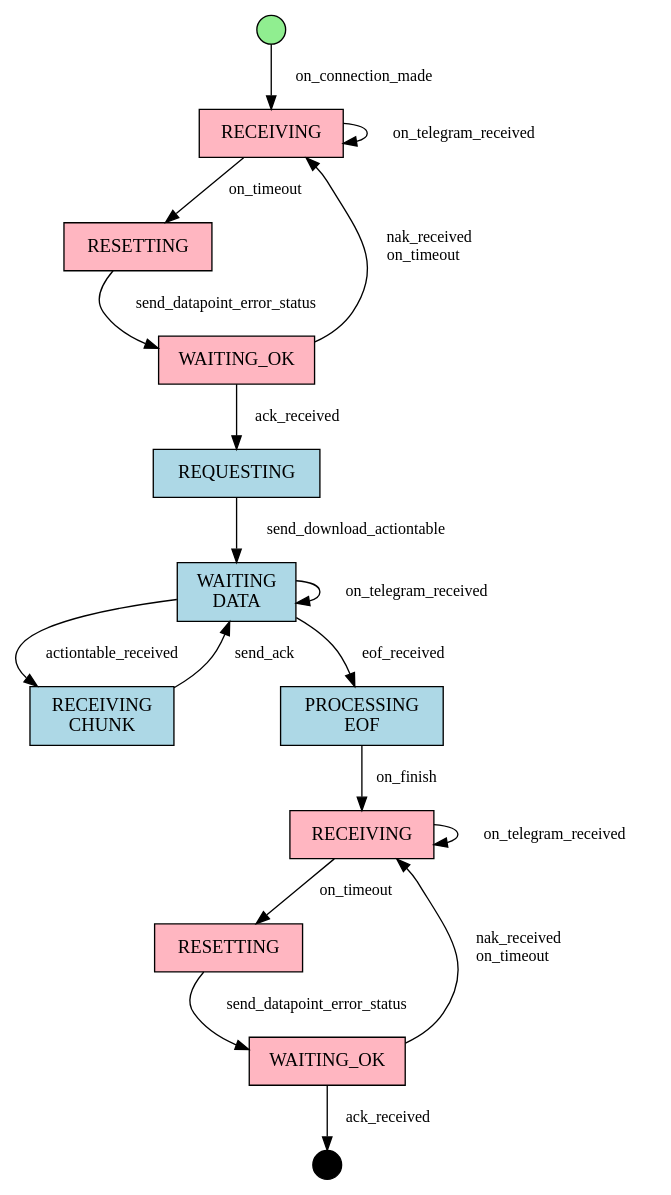
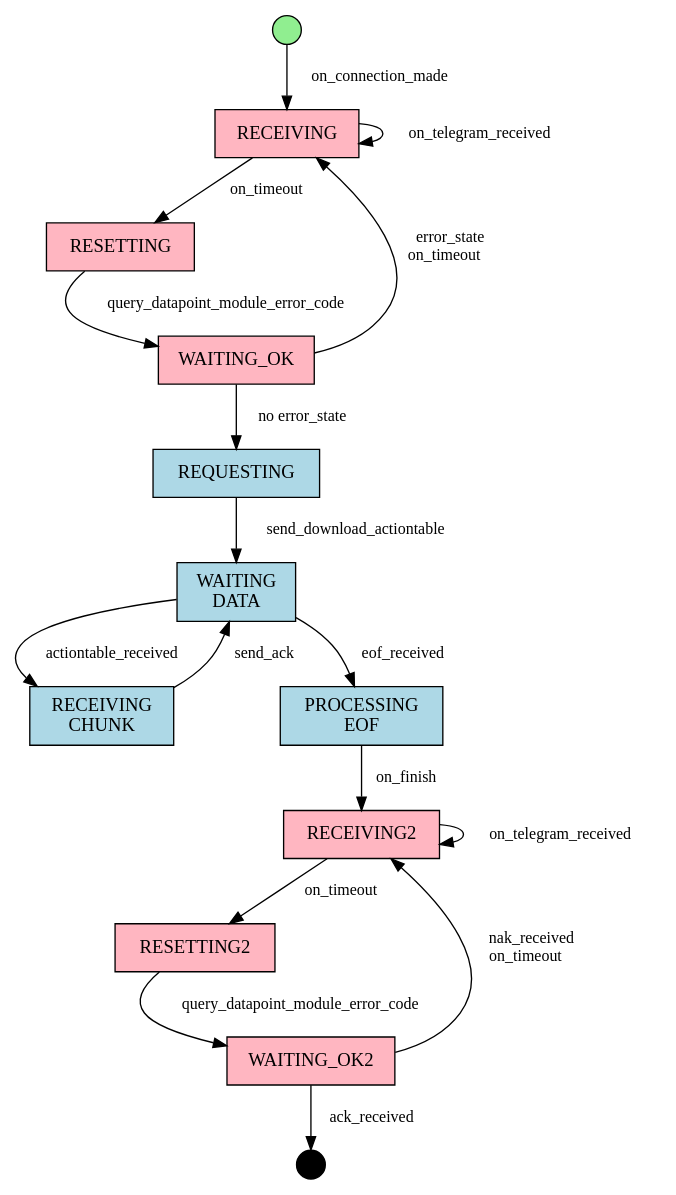
Before and after one commit to lduchosal/xp: the diagram in doc/actiontable/Download-ActionTable-Workflow.dot, drawn with Graphviz. The commit also changed 8 other files, not shown here.

```diff
--- a/doc/actiontable/Download-ActionTable-Workflow.dot
+++ b/doc/actiontable/Download-ActionTable-Workflow.dot
@@ -1,45 +1,44 @@
 digraph ActionTableDownloadStateMachine {
     rankdir=TB;
     node [shape=rectangle, style=filled, fillcolor=lightblue, margin="0.15,0.1"];
     edge [fontsize=12];
 
     // States
     IDLE [label="IDLE", fillcolor=lightgreen];
     RECEIVING [label="RECEIVING", fillcolor=lightpink];
     RESETTING [label="RESETTING", fillcolor=lightpink];
     WAITING_OK [label="WAITING_OK", fillcolor=lightpink];
     REQUESTING [label="REQUESTING"];
     WAITING_DATA [label="WAITING\nDATA"];
     RECEIVING_CHUNK [label="RECEIVING\nCHUNK"];
     PROCESSING_EOF [label="PROCESSING\nEOF"];
 
-    RECEIVING2 [label="RECEIVING", fillcolor=lightpink];
-    RESETTING2 [label="RESETTING", fillcolor=lightpink];
-    WAITING_OK2 [label="WAITING_OK", fillcolor=lightpink];
+    RECEIVING2 [label="RECEIVING2", fillcolor=lightpink];
+    RESETTING2 [label="RESETTING2", fillcolor=lightpink];
+    WAITING_OK2 [label="WAITING_OK2", fillcolor=lightpink];
 
     COMPLETED [label="COMPLETED", fillcolor=black];
 
     // Initial state
     IDLE [shape=point, width=0.3];
     COMPLETED [shape=point, width=0.3];
 
     // State transitions with events
     IDLE -> RECEIVING [label="  on_connection_made  "];
     RECEIVING -> RESETTING [label="  on_timeout  "];
     RECEIVING -> RECEIVING [label="  on_telegram_received  "];
-    RESETTING -> WAITING_OK [label="  send_datapoint_error_status  "];
-    WAITING_OK -> RECEIVING [label="  nak_received\non_timeout  "];
-    WAITING_OK -> REQUESTING [label="  ack_received  "];
+    RESETTING -> WAITING_OK [label="  query_datapoint_module_error_code  "];
+    WAITING_OK -> RECEIVING [label="  error_state\non_timeout  "];
+    WAITING_OK -> REQUESTING [label="  no error_state  "];
     REQUESTING -> WAITING_DATA [label="  send_download_actiontable  "];
     WAITING_DATA -> RECEIVING_CHUNK [label="  actiontable_received  "];
     RECEIVING_CHUNK -> WAITING_DATA [label="  send_ack  "];
     WAITING_DATA -> PROCESSING_EOF [label="  eof_received  "];
-    WAITING_DATA -> WAITING_DATA [label="  on_telegram_received  "];
     PROCESSING_EOF -> RECEIVING2 [label="  on_finish  "];
     RECEIVING2 -> RECEIVING2 [label="  on_telegram_received  "];
     RECEIVING2 -> RESETTING2 [label="  on_timeout  "];
-    RESETTING2 -> WAITING_OK2 [label="  send_datapoint_error_status  "];
+    RESETTING2 -> WAITING_OK2 [label="  query_datapoint_module_error_code  "];
     WAITING_OK2 -> RECEIVING2 [label="  nak_received\non_timeout  "];
     WAITING_OK2 -> COMPLETED [label="  ack_received  "];
 
 }
```
